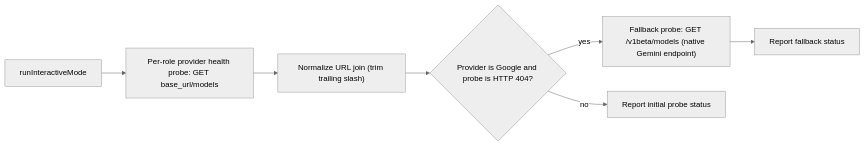
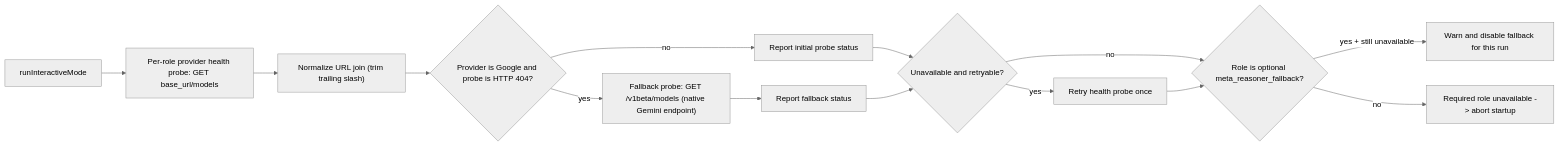
Before and after one commit to neopsyke/NeoPsyke: the fourth of 6 diagrams in AGENT_LOGIC_DIAGRAM.md, drawn with Mermaid (neutral theme). The commit also changed 11 other files, not shown here.

````diff
--- a/AGENT_LOGIC_DIAGRAM.md
+++ b/AGENT_LOGIC_DIAGRAM.md
@@ -204,9 +204,16 @@
 ```mermaid
 flowchart LR
     A["runInteractiveMode"] --> B["Per-role provider health probe: GET base_url/models"]
     B --> C["Normalize URL join (trim trailing slash)"]
     C --> D{"Provider is Google and probe is HTTP 404?"}
     D -->|yes| E["Fallback probe: GET /v1beta/models (native Gemini endpoint)"]
     D -->|no| F["Report initial probe status"]
     E --> G["Report fallback status"]
+    F --> H{"Unavailable and retryable?"}
+    G --> H
+    H -->|yes| I["Retry health probe once"]
+    H -->|no| J{"Role is optional meta_reasoner_fallback?"}
+    I --> J
+    J -->|yes + still unavailable| K["Warn and disable fallback for this run"]
+    J -->|no| L["Required role unavailable -> abort startup"]
 ```
````
